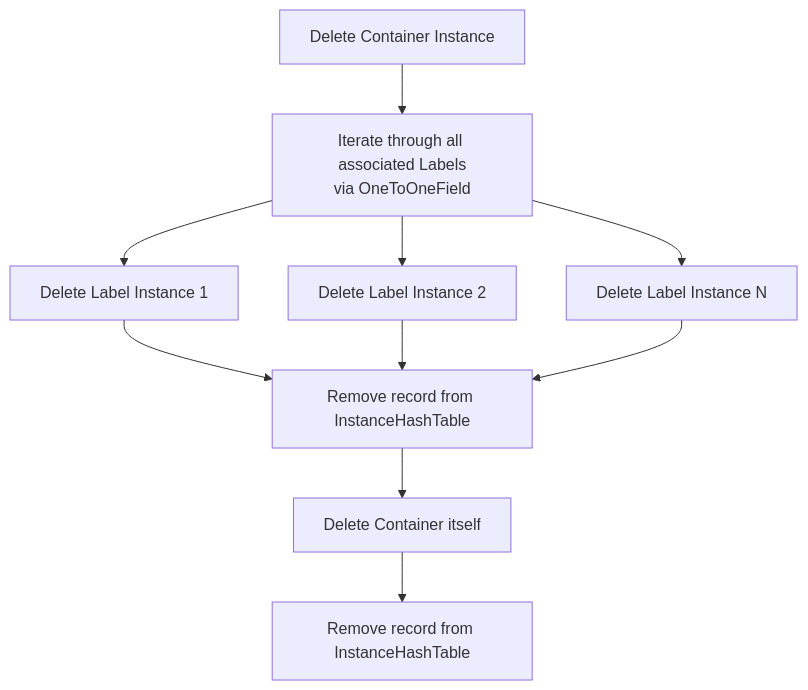
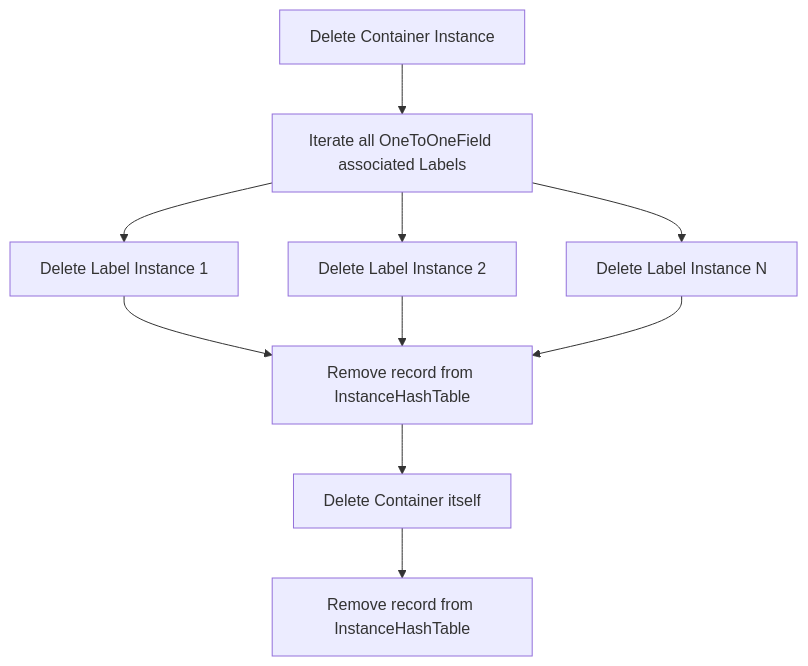
Diagram 34 of 47 in readme.md (lizzary/Quantitative-Strategy-Management-and-Monitoring-System-Platform), drawn with Mermaid before and after one commit. The commit also changed other lines of this file, not shown here.

````diff
--- a/readme.md
+++ b/readme.md
@@ -2364,12 +2474,12 @@
 ```mermaid
 flowchart TD
-    A[Delete Container Instance] --> B[Iterate through all associated Labels<br>via OneToOneField]
+    A[Delete Container Instance] --> B[Iterate all OneToOneField associated Labels]
     B --> C[Delete Label Instance 1]
     B --> D[Delete Label Instance 2]
     B --> E[Delete Label Instance N]
     C --> F[Remove record from InstanceHashTable]
     D --> F
     E --> F
     F --> G[Delete Container itself]
     G --> H[Remove record from InstanceHashTable]
 ```
````
